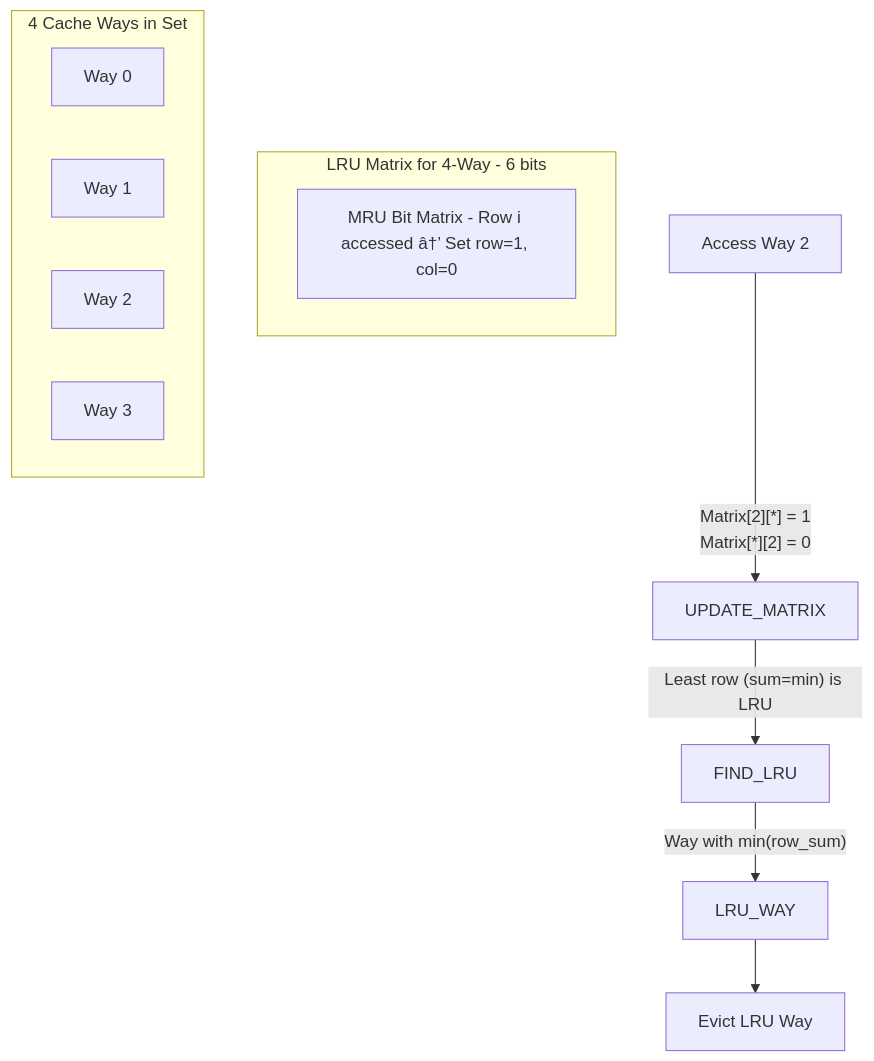
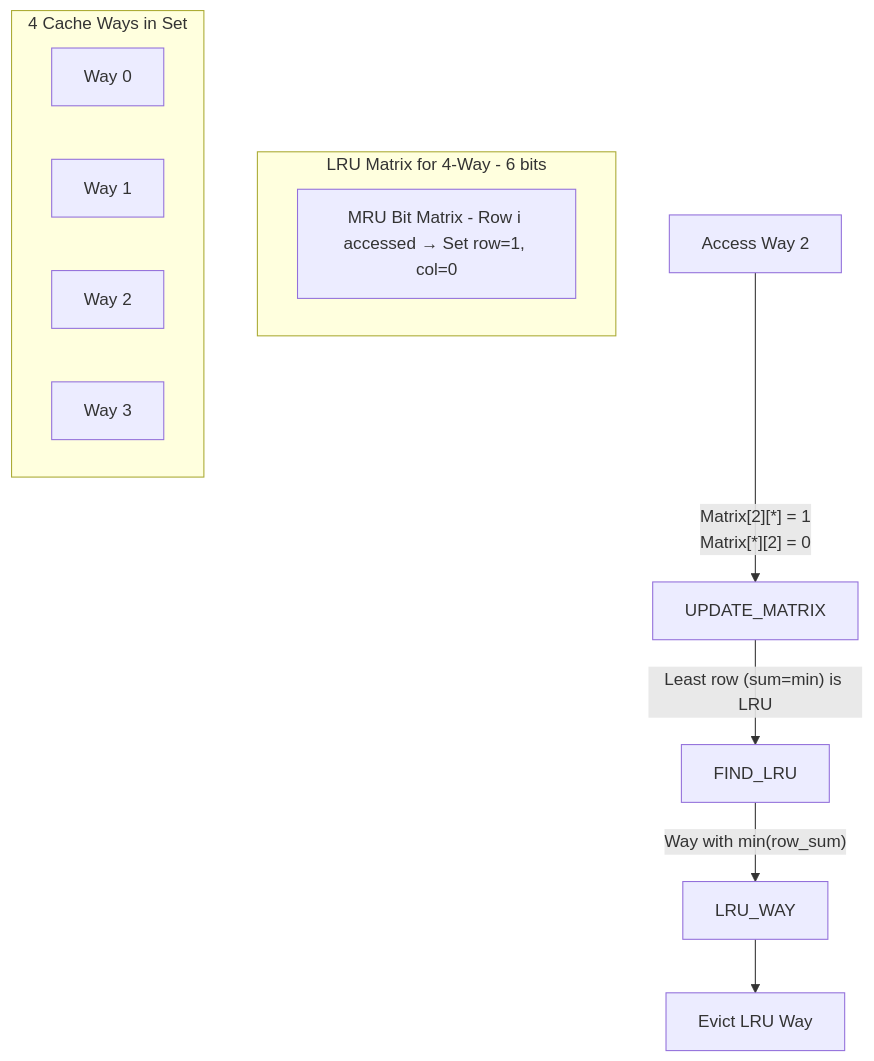
One commit to Raushan666java/ai-engineering-journey changed the seventh of 8 diagrams in docs/courses/computer-architecture/03-memory-hierarchy.md. Above: the diagram before and after it, drawn with Mermaid. The commit also changed other lines of this file and 965 other files, not shown here.

````diff
--- a/docs/courses/computer-architecture/03-memory-hierarchy.md
+++ b/docs/courses/computer-architecture/03-memory-hierarchy.md
@@ -1045,16 +1045,16 @@
 ```mermaid
 flowchart TD
     subgraph Matrix[LRU Matrix for 4-Way - 6 bits]
-        M[MRU Bit Matrix - Row i accessed â†’ Set row=1, col=0]
+        M[MRU Bit Matrix - Row i accessed → Set row=1, col=0]
     end
     subgraph Ways[4 Cache Ways in Set]
         W0[Way 0]
         W1[Way 1]
         W2[Way 2]
         W3[Way 3]
     end
     ACCESS[Access Way 2] -->|"Matrix[2][*] = 1<br/>Matrix[*][2] = 0"| UPDATE_MATRIX
     UPDATE_MATRIX -->|"Least row (sum=min) is LRU"| FIND_LRU
     FIND_LRU -->|"Way with min(row_sum)"| LRU_WAY
     LRU_WAY --> EVICT_WAY[Evict LRU Way]
 ```
````
